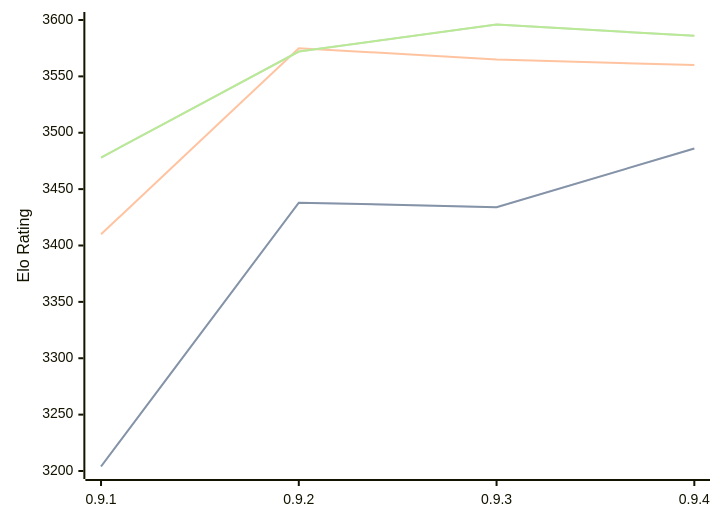
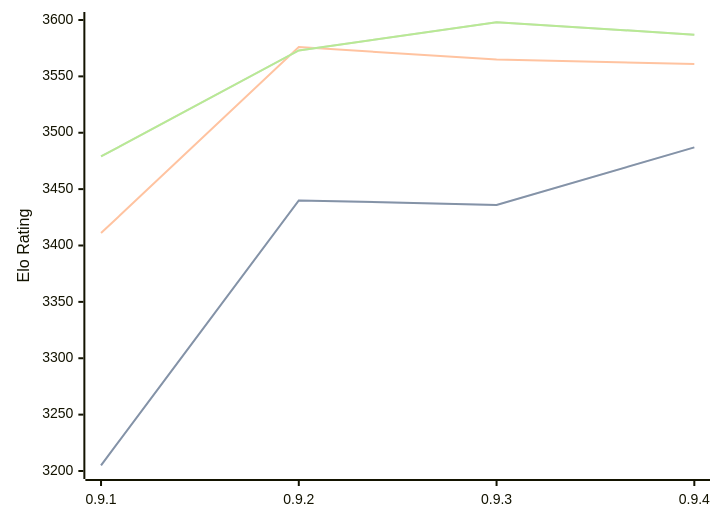
One commit to computer-chess-index/cci changed the diagram in engines/Coda.md. Above: the diagram before and after it, drawn with Mermaid. The commit also changed other lines of this file, not shown here.

Commit message:
Update CCI Ratings (ELO VLTC) - 2026-09-16

````diff
--- a/engines/Coda.md
+++ b/engines/Coda.md
@@ -34,11 +34,11 @@
 ```mermaid
 %%{init: {"theme":"base","themeVariables":{"seriesColors:['#a3a3a3','#222221','#faa371']}}}%%
 xychart-beta
   x-axis ["0.9.1", "0.9.2", "0.9.3", "0.9.4"]
   y-axis "Elo Rating" 3200 --> 3600
-  line "" [3204, 3438, 3434, 3486]
-  line "STC (8.0+0.08s)" [3204, 3438, 3434, 3486]
-  line "LTC (60.0+0.60s)" [3410, 3575, 3565, 3560]
-  line "" [3478, 3572, 3596, 3586]
-  line "VLTC (2m24s+1.12s)" [3478, 3572, 3596, 3586]
+  line "" [3205, 3440, 3436, 3487]
+  line "STC (8.0+0.08s)" [3205, 3440, 3436, 3487]
+  line "LTC (60.0+0.60s)" [3411, 3576, 3565, 3561]
+  line "" [3479, 3573, 3598, 3587]
+  line "VLTC (2m24s+1.12s)" [3479, 3573, 3598, 3587]
 ```
````
